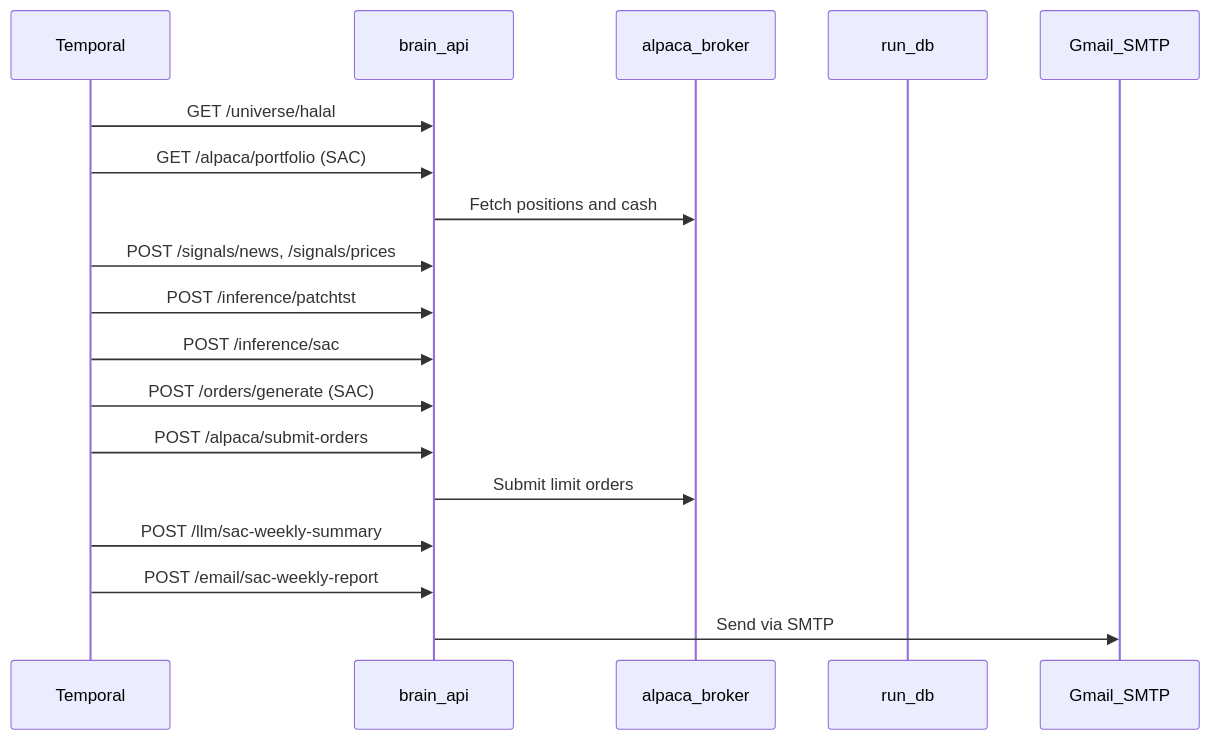
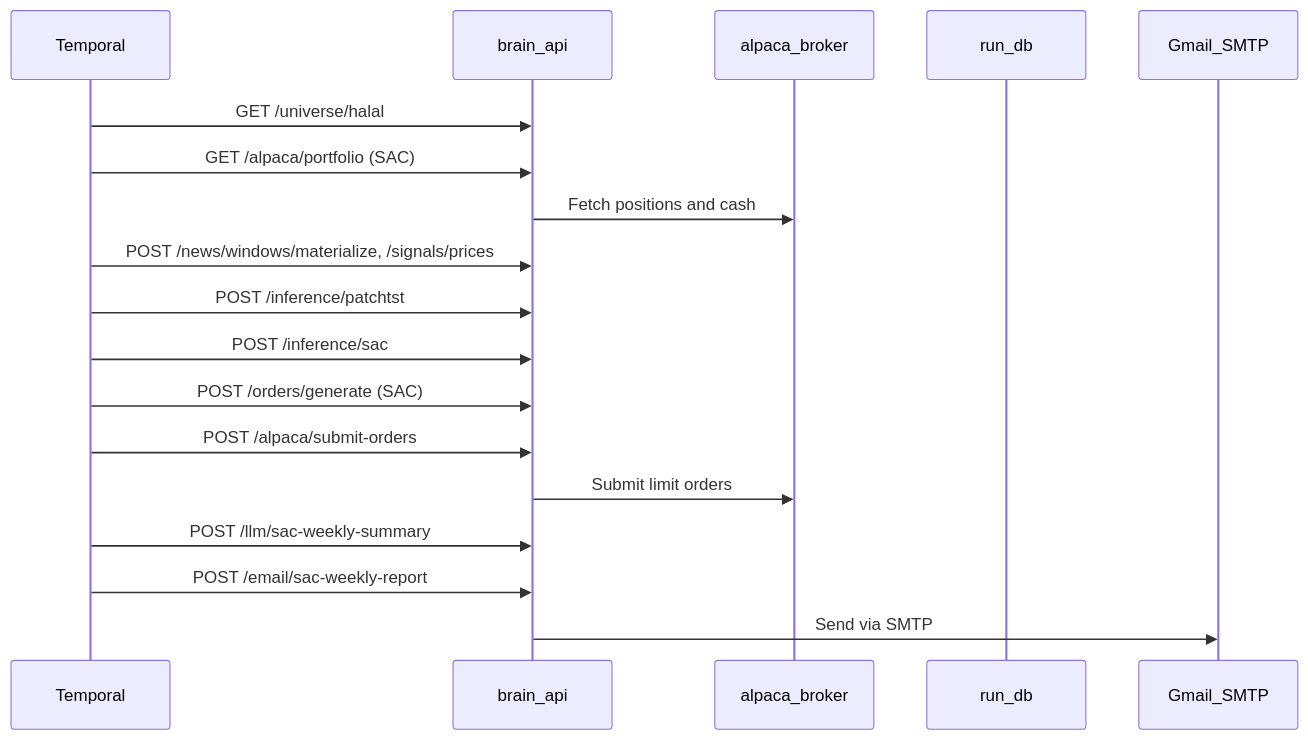
The first of 3 diagrams in README.md (hajirazin/LearnFinance-2025), drawn with Mermaid before and after one commit. The commit also changed other lines of this file and 187 other files, not shown here.

````diff
--- a/README.md
+++ b/README.md
@@ -227,21 +227,21 @@
 ```mermaid
 sequenceDiagram
   participant Temporal as Temporal
   participant Brain as brain_api
   participant Alpaca as alpaca_broker
   participant DB as run_db
   participant Email as Gmail_SMTP
 
   Temporal->>Brain: GET /universe/halal
   Temporal->>Brain: GET /alpaca/portfolio (SAC)
   Brain->>Alpaca: Fetch positions and cash
-  Temporal->>Brain: POST /signals/news, /signals/prices
+  Temporal->>Brain: POST /news/windows/materialize, /signals/prices
   Temporal->>Brain: POST /inference/patchtst
   Temporal->>Brain: POST /inference/sac
   Temporal->>Brain: POST /orders/generate (SAC)
   Temporal->>Brain: POST /alpaca/submit-orders
   Brain->>Alpaca: Submit limit orders
   Temporal->>Brain: POST /llm/sac-weekly-summary
   Temporal->>Brain: POST /email/sac-weekly-report
   Brain->>Email: Send via SMTP
 ```
````
